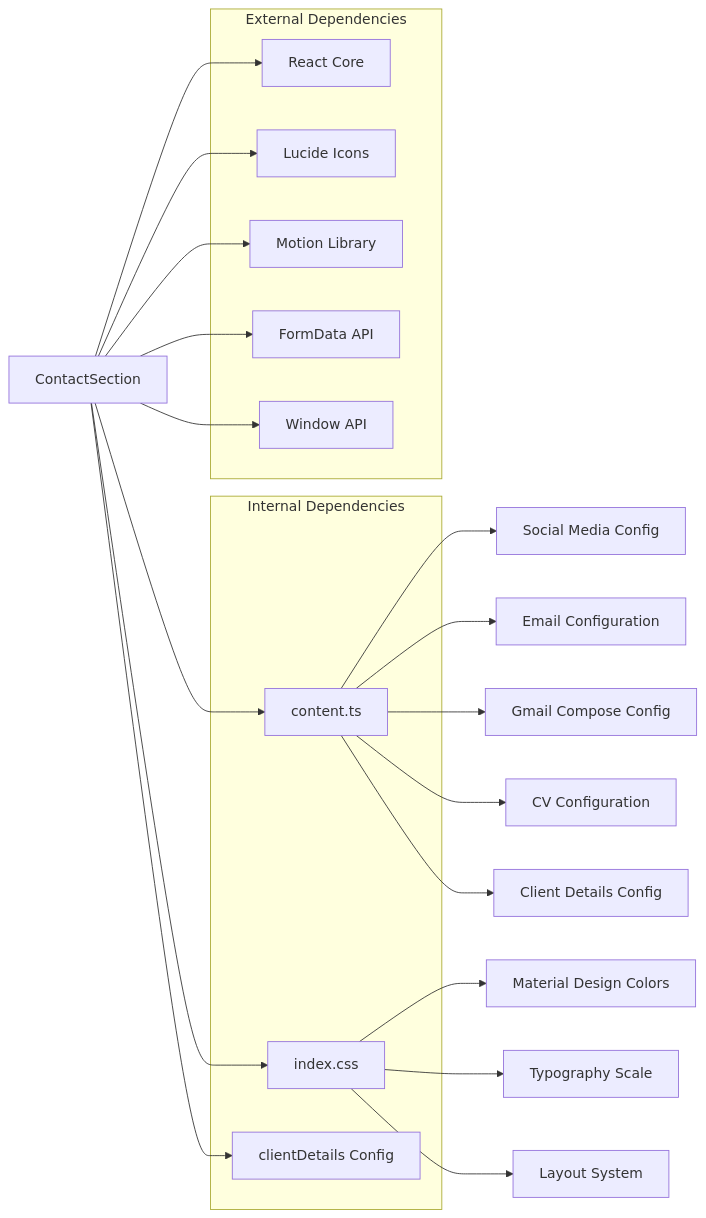
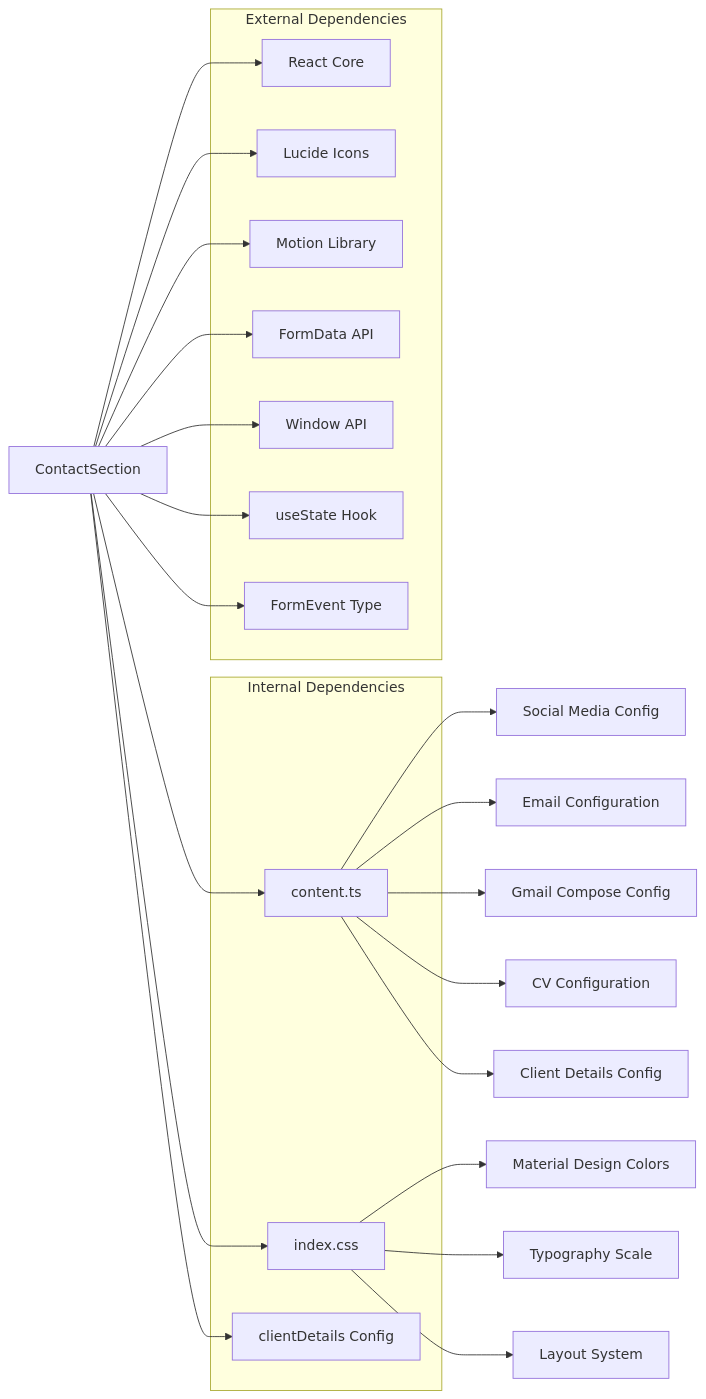
One commit to subash7781/Portfolio changed the fifth of 5 diagrams in .qoder/repowiki/en/content/Component Library & UI Elements/ContactSection Component.md. Above: the diagram before and after it, drawn with Mermaid. The commit also changed other lines of this file and 3 other files, not shown here.

````diff
--- a/.qoder/repowiki/en/content/Component Library & UI Elements/ContactSection Component.md
+++ b/.qoder/repowiki/en/content/Component Library & UI Elements/ContactSection Component.md
@@ -296,31 +309,35 @@
 ```mermaid
 graph LR
 subgraph "Internal Dependencies"
 Content[content.ts]
 Theme[index.css]
 ClientDetails[clientDetails Config]
 end
 subgraph "External Dependencies"
 React[React Core]
 Lucide[Lucide Icons]
 Motion[Motion Library]
 FormData[FormData API]
 Window[Window API]
+useState[useState Hook]
+FormEvent[FormEvent Type]
 end
 ContactSection --> Content
 ContactSection --> Theme
 ContactSection --> ClientDetails
 ContactSection --> React
 ContactSection --> Lucide
 ContactSection --> Motion
 ContactSection --> FormData
 ContactSection --> Window
+ContactSection --> useState
+ContactSection --> FormEvent
 Content --> SocialConfig["Social Media Config"]
 Content --> EmailConfig["Email Configuration"]
 Content --> GmailConfig["Gmail Compose Config"]
 Content --> CVConfig["CV Configuration"]
 Content --> ClientDetailsConfig["Client Details Config"]
 Theme --> ColorSystem["Material Design Colors"]
 Theme --> Typography["Typography Scale"]
 Theme --> Spacing["Layout System"]
 ```
````
